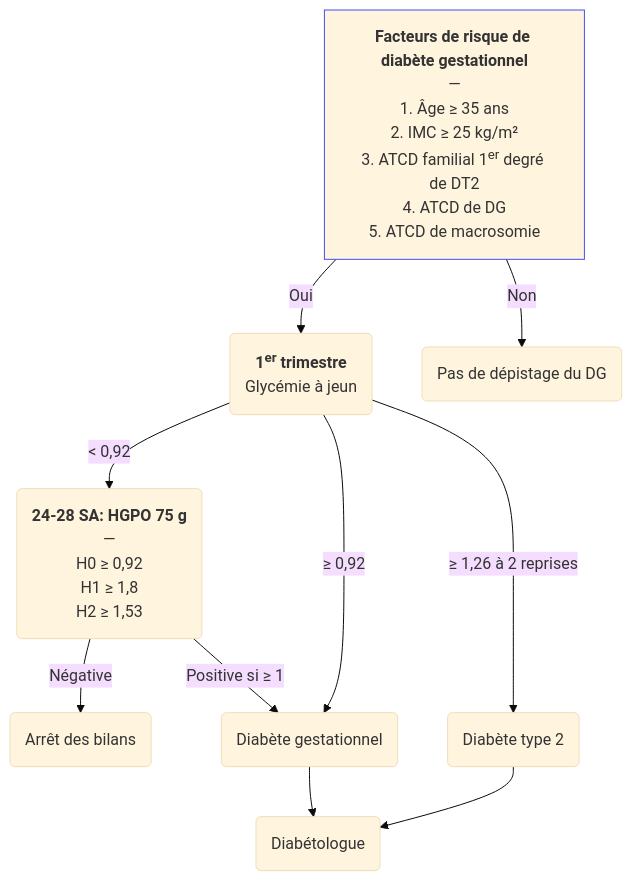
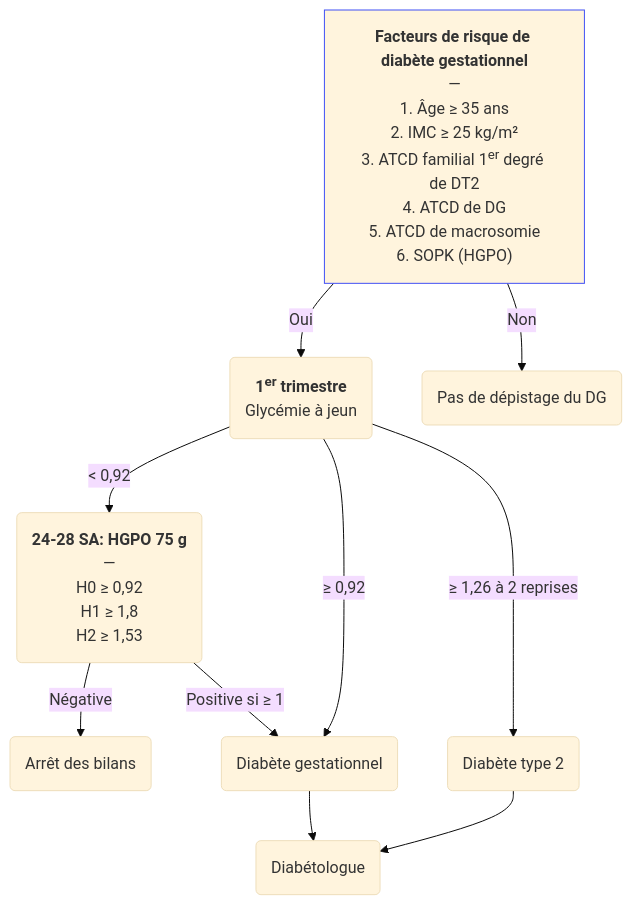
Before and after one commit to djibe/recommandations-medicales: the diagram in content/recommandations/diabete-gestationnel.md, drawn with Mermaid (base theme). The commit also changed other lines of this file and 16 other files, not shown here.

Commit message:
New flowcharts

```diff
--- a/content/recommandations/diabete-gestationnel.md
+++ b/content/recommandations/diabete-gestationnel.md
@@ -208,15 +209,15 @@
 {{< mermaid title="Conduite à tenir pour le dépistage et la prise en charge du diabète gestationnel. Dr JB Fron d'après SFD/CNGOF 2010" >}}
 graph TB
 accTitle: Conduite à tenir pour le dépistage et la prise en charge du diabète gestationnel d'après SFD/CNGOF 2010
-fdr["<b>Facteurs de risque de diabète gestationnel</b><br>—<br>1. Âge ≥ 35 ans<br>2. IMC ≥ 25 kg/m²<br>3. ATCD familial 1<sup>er</sup> degré de DT2<br>4. ATCD de DG<br>5. ATCD de macrosomie"]
+fdr["<b>Facteurs de risque de diabète gestationnel</b><br>—<br>1. Âge ≥ 35 ans<br>2. IMC ≥ 25 kg/m²<br>3. ATCD familial 1<sup>er</sup> degré de DT2<br>4. ATCD de DG<br>5. ATCD de macrosomie<br>6. SOPK (HGPO)"]
 style fdr stroke:#4150f5, stroke-width:1px
   fdr -- Oui --> gaj("<b>1<sup>er</sup> trimestre</b><br>Glycémie à jeun")
     gaj -- "&lt; 0,92" --> hgpo("<b>24-28 SA: HGPO 75 g</b><br>—<br>H0 ≥ 0,92<br>H1 ≥ 1,8<br>H2 ≥ 1,53")
       hgpo -- Négative --> arret2(Arrêt des bilans)
       hgpo -- "Positive si ≥ 1" --> DG
     gaj -- "≥ 0,92" --> DG(Diabète gestationnel)
       DG --> diabeto(Diabétologue)
     gaj -- "≥ 1,26 à 2 reprises" --> DT2(Diabète type 2)
       DT2 --> diabeto
   fdr -- Non --> arret(Pas de dépistage du DG)
 {{< /mermaid >}}
```
